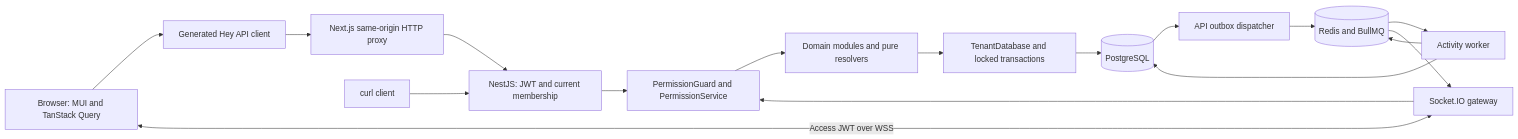
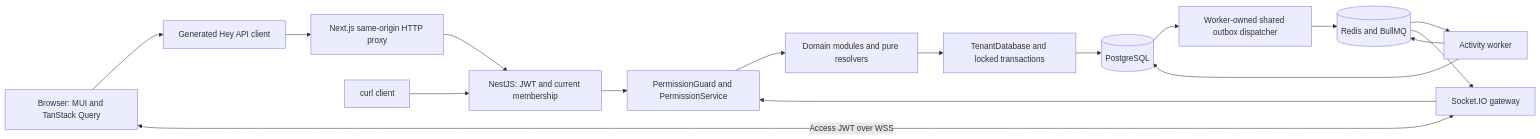
The first of 6 diagrams in docs/SYSTEM_DESIGN.md (ashvir99260/flowboard), drawn with Mermaid before and after one commit. The commit also changed other lines of this file and 42 other files, not shown here.

Commit message:
docs: reconcile architecture with deployed services

````diff
--- a/docs/SYSTEM_DESIGN.md
+++ b/docs/SYSTEM_DESIGN.md
@@ -17,19 +17,19 @@
 ```mermaid
 flowchart LR
   Browser[Browser: MUI and TanStack Query] --> SDK[Generated Hey API client]
   SDK --> Proxy[Next.js same-origin HTTP proxy]
   Proxy --> Auth[NestJS: JWT and current membership]
   Curl[curl client] --> Auth
   Browser <-->|Access JWT over WSS| Gateway[Socket.IO gateway]
   Auth --> Permission[PermissionGuard and PermissionService]
   Gateway --> Permission
   Permission --> Domain[Domain modules and pure resolvers]
   Domain --> Repos[TenantDatabase and locked transactions]
   Repos --> PG[(PostgreSQL)]
-  PG --> Outbox[API outbox dispatcher]
+  PG --> Outbox[Worker-owned shared outbox dispatcher]
   Outbox --> Redis[(Redis and BullMQ)]
   Redis --> Worker[Activity worker]
   Worker --> PG
   Worker --> Redis
   Redis --> Gateway
 ```
````
